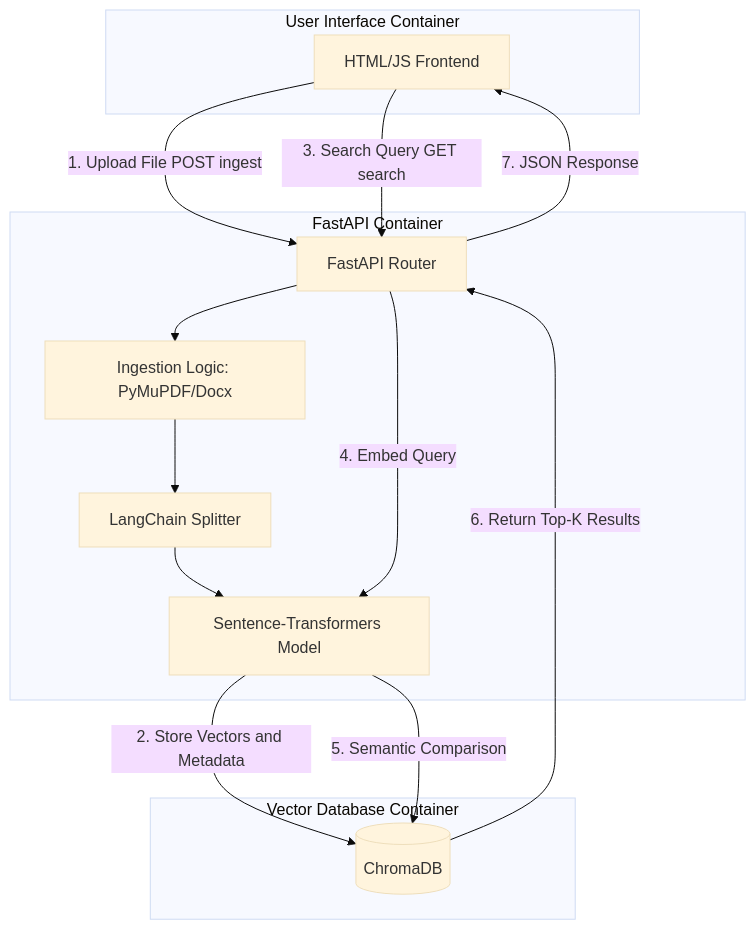
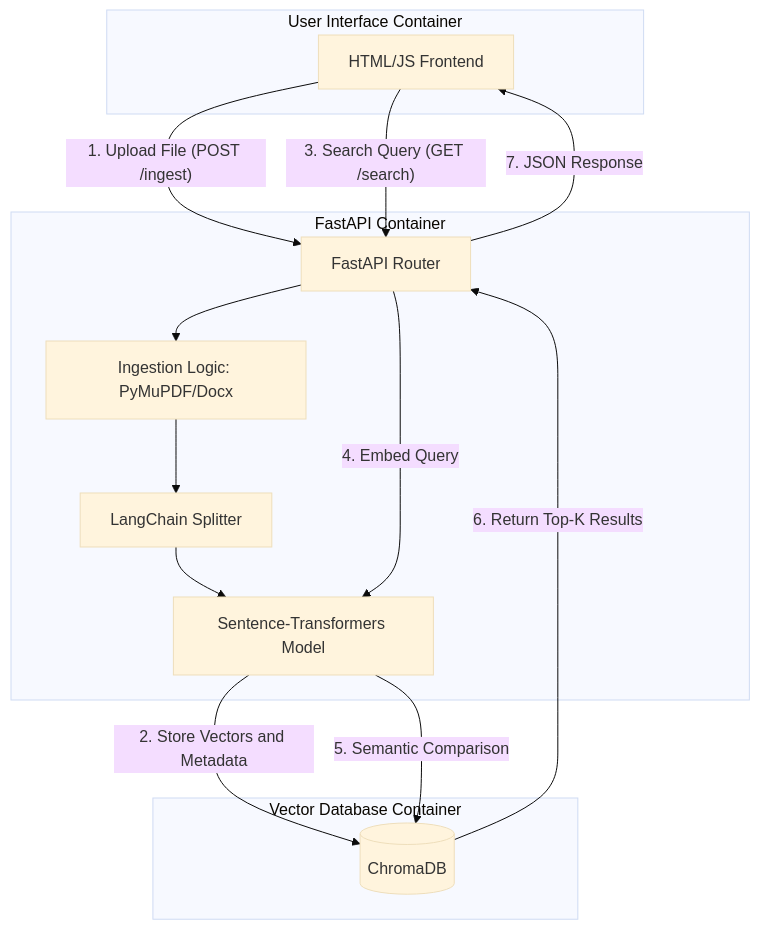
The diagram in content/projects/Semantic-Search/index.md (Eonloop/eonloop.github.io), drawn with Mermaid (base theme) before and after one commit.

Commit message:
Updating formatting of mermaid.js

```diff
--- a/content/projects/Semantic-Search/index.md
+++ b/content/projects/Semantic-Search/index.md
@@ -114,27 +114,27 @@
 {{< mermaid >}}
 graph TD
 subgraph Client_Side [User Interface Container]
 UI[HTML/JS Frontend]
 end
 
 subgraph Backend_API [FastAPI Container]
 API[FastAPI Router]
-Ingestor[Ingestion Logic: PyMuPDF/Docx]
+Ingestor["Ingestion Logic: PyMuPDF/Docx"]
 Splitter[LangChain Splitter]
 Embedder[Sentence-Transformers Model]
 end
 
 subgraph Storage_Layer [Vector Database Container]
 DB[(ChromaDB)]
 end
 
-UI -- 1. Upload File POST ingest --> API
+UI -->|"1. Upload File (POST /ingest)"| API
 API --> Ingestor --> Splitter --> Embedder
-Embedder -- 2. Store Vectors and Metadata --> DB
+Embedder -->|"2. Store Vectors and Metadata"| DB
 
-UI -- 3. Search Query GET search --> API
-API -- 4. Embed Query --> Embedder
-Embedder -- 5. Semantic Comparison --> DB
-DB -- 6. Return Top-K Results --> API
-API -- 7. JSON Response --> UI
+UI -->|"3. Search Query (GET /search)"| API
+API -->|"4. Embed Query"| Embedder
+Embedder -->|"5. Semantic Comparison"| DB
+DB -->|"6. Return Top-K Results"| API
+API -->|"7. JSON Response"| UI
 {{< /mermaid >}}
```
